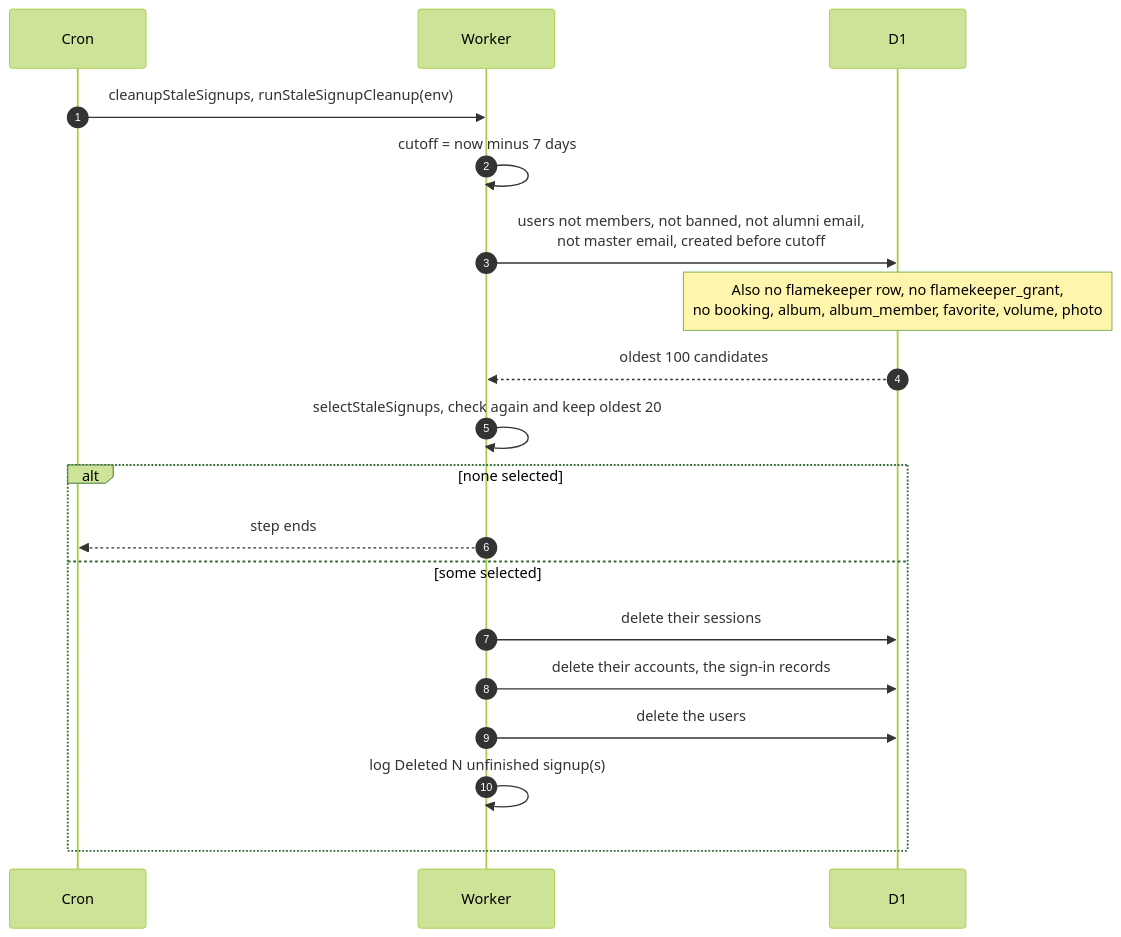
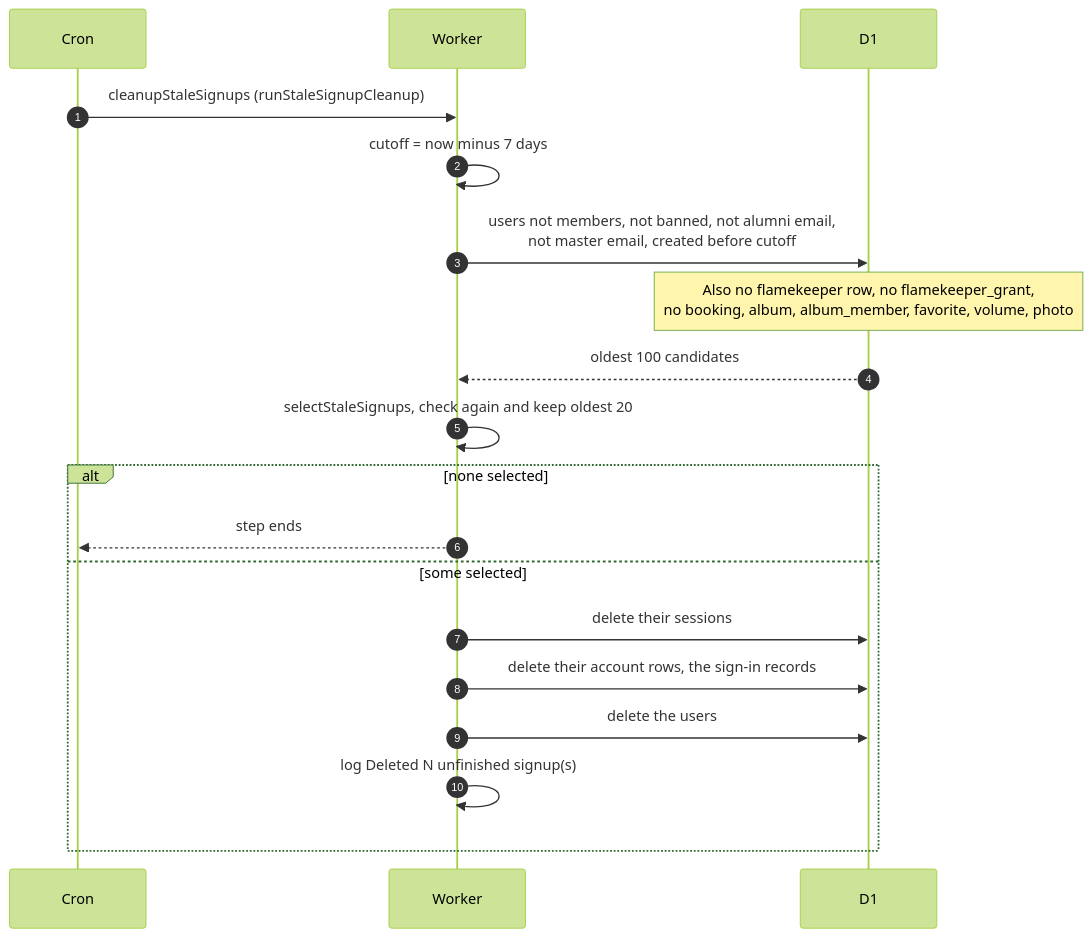
One commit to sagyzdop/meriksirat changed the diagram in docs/scenarios/cron/albums-and-housekeeping/stale-signups.md. Above: the diagram before and after it, drawn with Mermaid (forest theme). The commit also changed other lines of this file and 10 other files, not shown here.

Commit message:
docs(scenarios): verify cron albums-and-housekeeping diagrams against code

````diff
--- a/docs/scenarios/cron/albums-and-housekeeping/stale-signups.md
+++ b/docs/scenarios/cron/albums-and-housekeeping/stale-signups.md
@@ -27,21 +32,21 @@
 ```mermaid
 sequenceDiagram
     autonumber
     participant Cron
     participant Worker
     participant D1
-    Cron->>Worker: cleanupStaleSignups, runStaleSignupCleanup(env)
+    Cron->>Worker: cleanupStaleSignups (runStaleSignupCleanup)
     Worker->>Worker: cutoff = now minus 7 days
     Worker->>D1: users not members, not banned, not alumni email,<br/>not master email, created before cutoff
     Note over D1: Also no flamekeeper row, no flamekeeper_grant,<br/>no booking, album, album_member, favorite, volume, photo
     D1-->>Worker: oldest 100 candidates
     Worker->>Worker: selectStaleSignups, check again and keep oldest 20
     alt none selected
         Worker-->>Cron: step ends
     else some selected
         Worker->>D1: delete their sessions
-        Worker->>D1: delete their accounts, the sign-in records
+        Worker->>D1: delete their account rows, the sign-in records
         Worker->>D1: delete the users
         Worker->>Worker: log Deleted N unfinished signup(s)
     end
 ```
````
